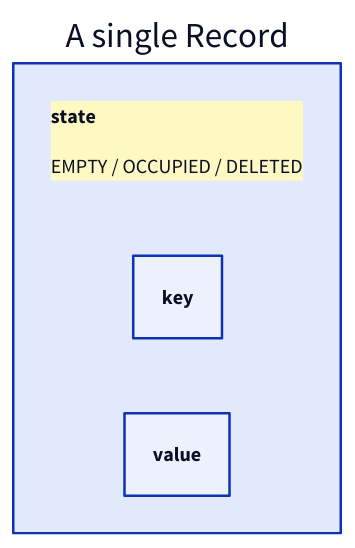
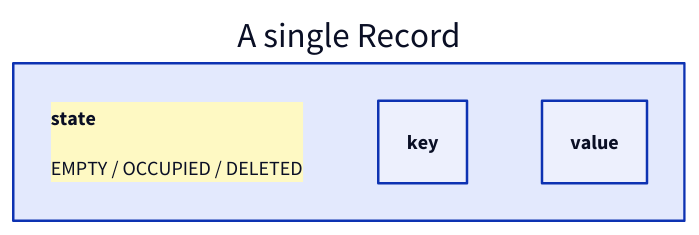
The fourth of 11 diagrams in src/computer-science/DSA/data-structures/4.hash-table/04-quadratic-probing.md (ani2fun/note-book), drawn with D2 before and after one commit. The commit also changed 8 other files, not shown here.

````diff
--- a/src/computer-science/DSA/data-structures/4.hash-table/04-quadratic-probing.md
+++ b/src/computer-science/DSA/data-structures/4.hash-table/04-quadratic-probing.md
@@ -148,13 +148,11 @@
 ```d2
-direction: right
-
 rec: A single Record {
   s: |md
     **state**
 
     EMPTY / OCCUPIED / DELETED
   | {style.fill: "#fef9c3"; style.stroke: "#d97706"}
   k: key
   v: value
 }
 ```
````
